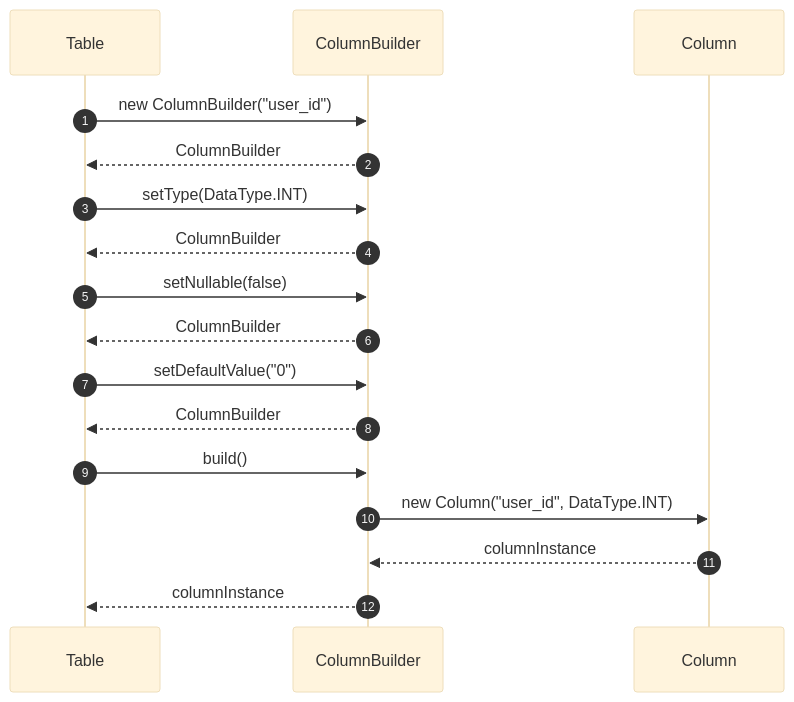
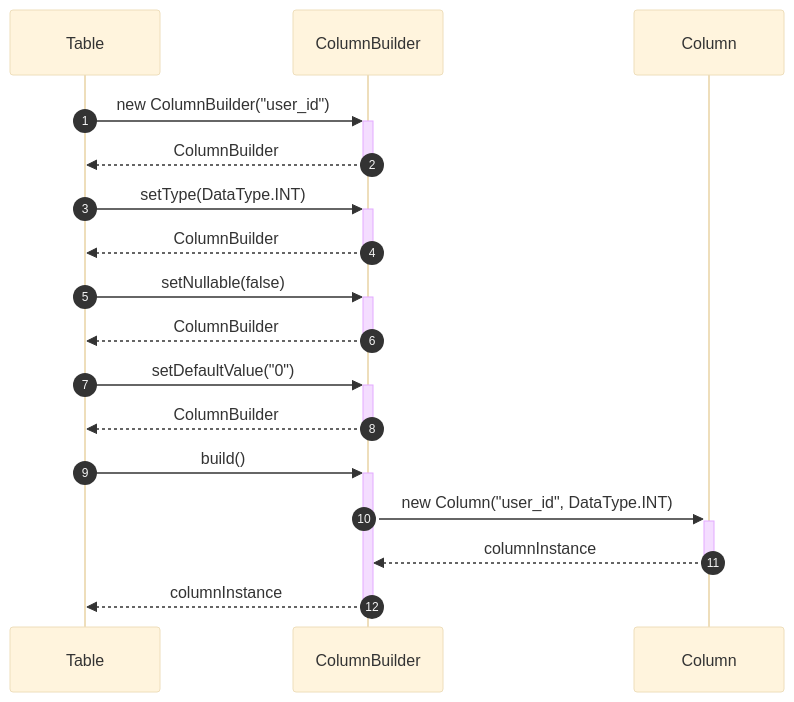
Before and after one commit to Dikhang1112/Database_Management_BBV: the tenth of 14 diagrams in docs/design_patterns/README.md, drawn with Mermaid (base theme). The commit also changed other lines of this file and 12 other files, not shown here.

Commit message:
Refactor sequece diagram

````diff
--- a/docs/design_patterns/README.md
+++ b/docs/design_patterns/README.md
@@ -743,20 +743,20 @@
 ```mermaid
 sequenceDiagram
     autonumber
     participant Table as Table
     participant CB as ColumnBuilder
     participant Col as Column
 
-    Table->>CB: new ColumnBuilder("user_id")
-    CB-->>Table: ColumnBuilder
-    Table->>CB: setType(DataType.INT)
-    CB-->>Table: ColumnBuilder
-    Table->>CB: setNullable(false)
-    CB-->>Table: ColumnBuilder
-    Table->>CB: setDefaultValue("0")
-    CB-->>Table: ColumnBuilder
-    Table->>CB: build()
-    CB->>Col: new Column("user_id", DataType.INT)
-    Col-->>CB: columnInstance
-    CB-->>Table: columnInstance
+    Table->>+CB: new ColumnBuilder("user_id")
+    CB-->>-Table: ColumnBuilder
+    Table->>+CB: setType(DataType.INT)
+    CB-->>-Table: ColumnBuilder
+    Table->>+CB: setNullable(false)
+    CB-->>-Table: ColumnBuilder
+    Table->>+CB: setDefaultValue("0")
+    CB-->>-Table: ColumnBuilder
+    Table->>+CB: build()
+    CB->>+Col: new Column("user_id", DataType.INT)
+    Col-->>-CB: columnInstance
+    CB-->>-Table: columnInstance
 ```
````
